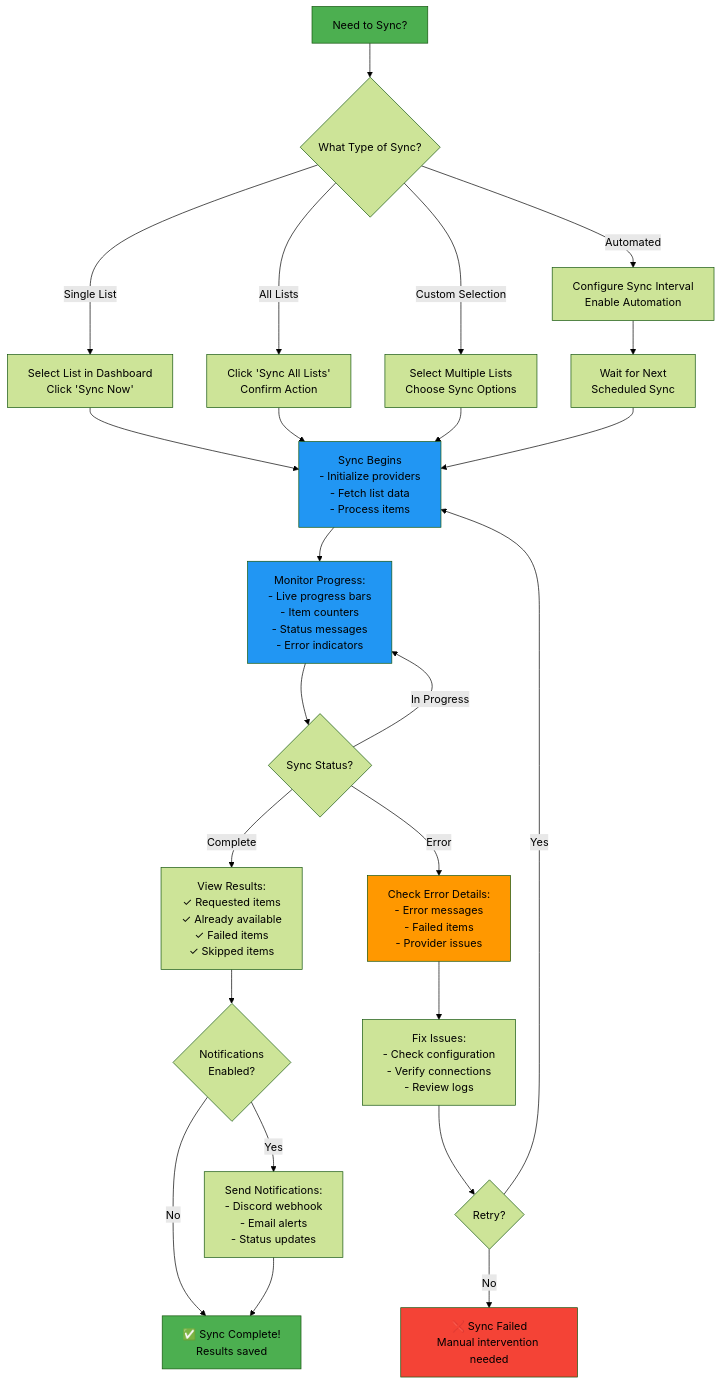
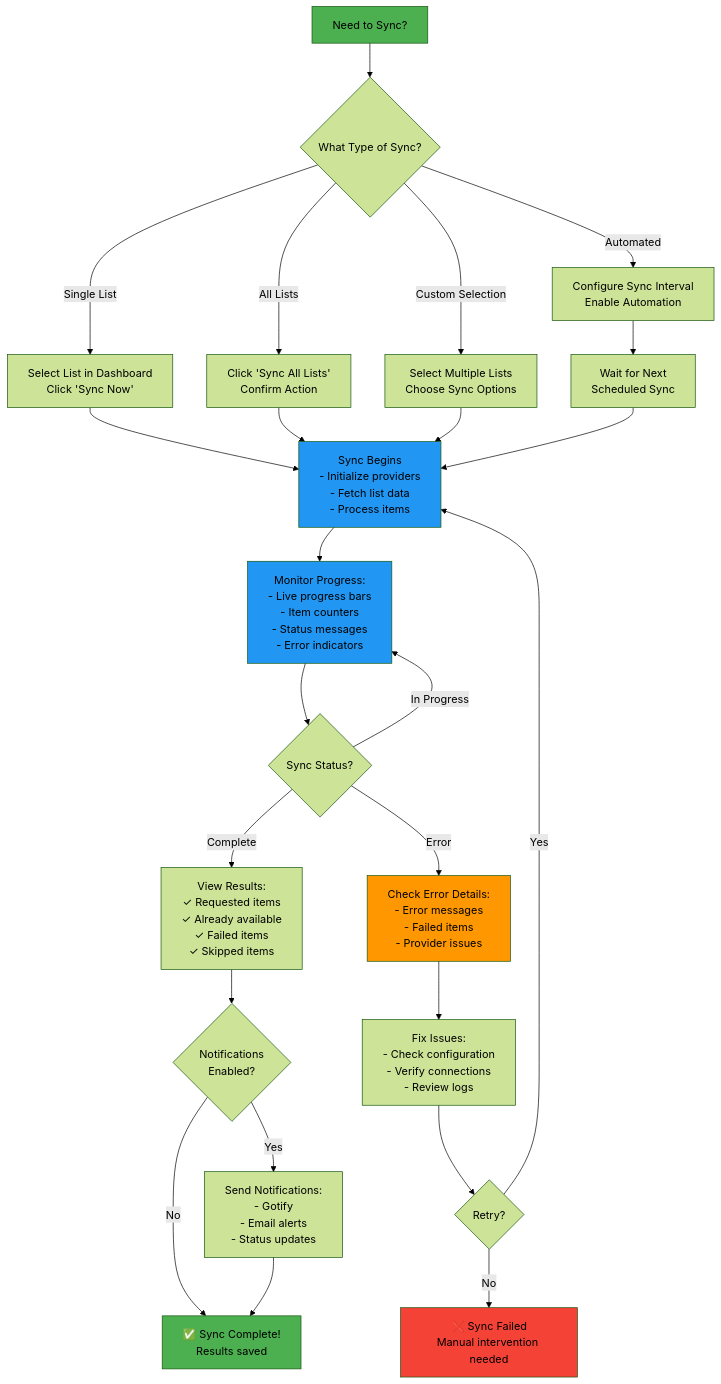
Before and after one commit to martynvdijke/listsync: the fourth of 5 diagrams in docs/user-guide.md, drawn with Mermaid (forest theme). The commit also changed other lines of this file and 44 other files, not shown here.

First line of the commit message:
feat: remove Discord notification support

````diff
--- a/docs/user-guide.md
+++ b/docs/user-guide.md
@@ -331,40 +331,40 @@
 ```mermaid
 flowchart TD
     Start[Need to Sync?] --> SyncType{What Type of Sync?}
     
     SyncType -->|Single List| SingleList[Select List in Dashboard<br/>Click 'Sync Now']
     SyncType -->|All Lists| AllLists[Click 'Sync All Lists'<br/>Confirm Action]
     SyncType -->|Automated| AutoSync[Configure Sync Interval<br/>Enable Automation]
     SyncType -->|Custom Selection| CustomSync[Select Multiple Lists<br/>Choose Sync Options]
     
     SingleList --> StartSync[Sync Begins<br/>- Initialize providers<br/>- Fetch list data<br/>- Process items]
     AllLists --> StartSync
     CustomSync --> StartSync
     AutoSync --> WaitSchedule[Wait for Next<br/>Scheduled Sync]
     WaitSchedule --> StartSync
     
     StartSync --> Monitor[Monitor Progress:<br/>- Live progress bars<br/>- Item counters<br/>- Status messages<br/>- Error indicators]
     
     Monitor --> Processing{Sync Status?}
     Processing -->|In Progress| Monitor
     Processing -->|Complete| ViewResults[View Results:<br/>✓ Requested items<br/>✓ Already available<br/>✓ Failed items<br/>✓ Skipped items]
     Processing -->|Error| CheckError[Check Error Details:<br/>- Error messages<br/>- Failed items<br/>- Provider issues]
     
     ViewResults --> Notification{Notifications<br/>Enabled?}
-    Notification -->|Yes| SendNotif[Send Notifications:<br/>- Discord webhook<br/>- Email alerts<br/>- Status updates]
+    Notification -->|Yes| SendNotif[Send Notifications:<br/>- Gotify<br/>- Email alerts<br/>- Status updates]
     Notification -->|No| Done[✅ Sync Complete!<br/>Results saved]
     
     CheckError --> FixError[Fix Issues:<br/>- Check configuration<br/>- Verify connections<br/>- Review logs]
     FixError --> RetrySync{Retry?}
     RetrySync -->|Yes| StartSync
     RetrySync -->|No| End[❌ Sync Failed<br/>Manual intervention needed]
     
     SendNotif --> Done
     
     style Start fill:#4CAF50
     style Done fill:#4CAF50
     style StartSync fill:#2196F3
     style CheckError fill:#FF9800
     style Monitor fill:#2196F3
     style End fill:#f44336
 ```
````
